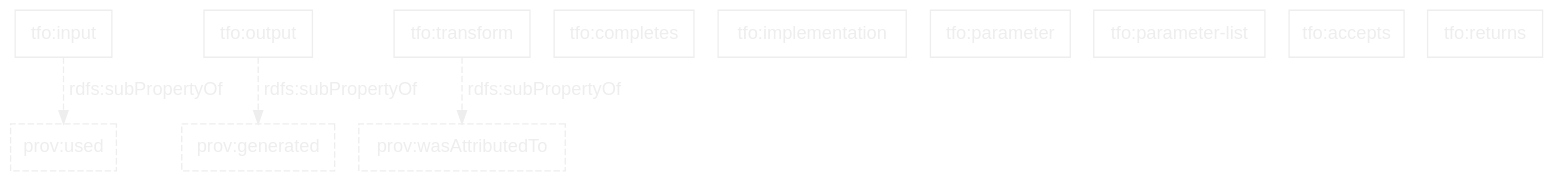
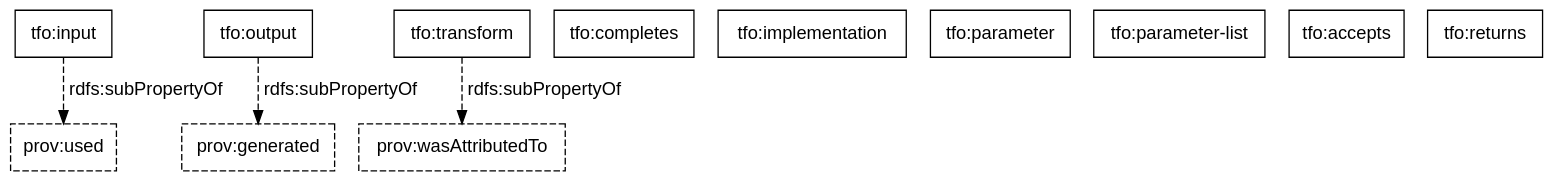
One commit to doriantaylor/owl-transformation changed the diagram in transformation-properties.dot. Above: the diagram before and after it, drawn with Graphviz. The commit also changed 3 other files, not shown here.

Commit message:
updating colours on charts

```diff
--- a/transformation-properties.dot
+++ b/transformation-properties.dot
@@ -1,29 +1,29 @@
 digraph {
     graph [bgcolor=transparent];
-    node [shape=box,color="#eeeeee",fontcolor="#eeeeee",fontname="Lucida Grande, Lucida Sans Unicode, sans-serif"];
-    edge [color="#eeeeee",fontcolor="#eeeeee",fontname="Lucida Grande, Lucida Sans Unicode, sans-serif"];
+    node [shape=box,color="#000000",fontcolor="#000000",fontname="Lucida Grande, Lucida Sans Unicode, sans-serif"];
+    edge [color="#000000",fontcolor="#000000",fontname="Lucida Grande, Lucida Sans Unicode, sans-serif"];
 
     subgraph {
         node [style=dashed];
         prov_used [label="prov:used"];
         prov_generated [label="prov:generated"];
         prov_wasAttributedTo [label="prov:wasAttributedTo"];
     }
 
     tfo_completes [label="tfo:completes"];
     tfo_input [label="tfo:input"];
     tfo_output [label="tfo:output"];
     tfo_transform [label="tfo:transform"];
     tfo_implementation [label="tfo:implementation"];
     tfo_parameter [label="tfo:parameter"];
     tfo_parameter_list [label="tfo:parameter-list"];
     tfo_accepts [label="tfo:accepts"];
     tfo_returns [label="tfo:returns"];
 
     subgraph {
         edge [style=dashed, label="rdfs:subPropertyOf"];
         tfo_input -> prov_used;
         tfo_output -> prov_generated;
         tfo_transform -> prov_wasAttributedTo;
     }
 }
```
